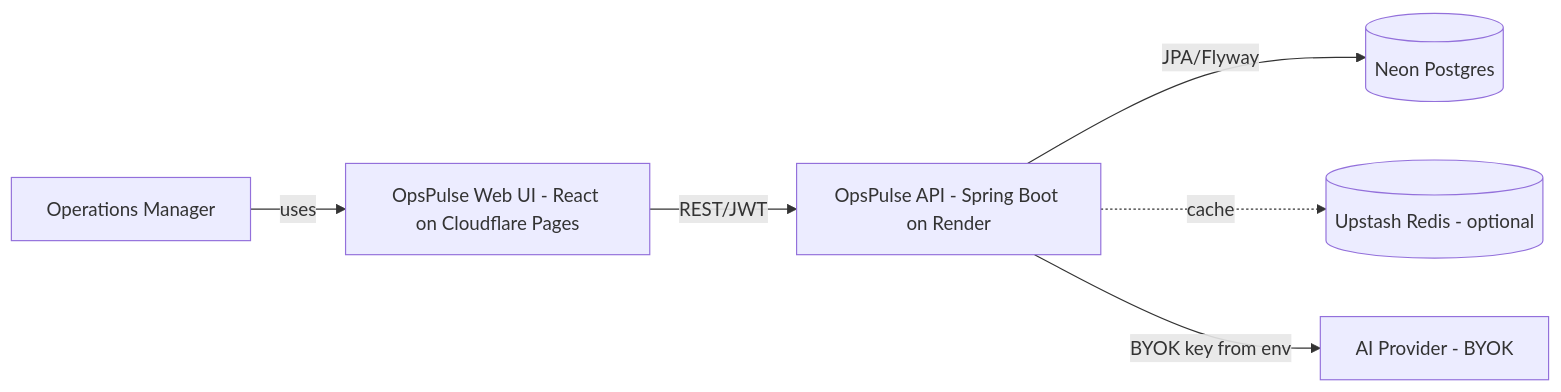
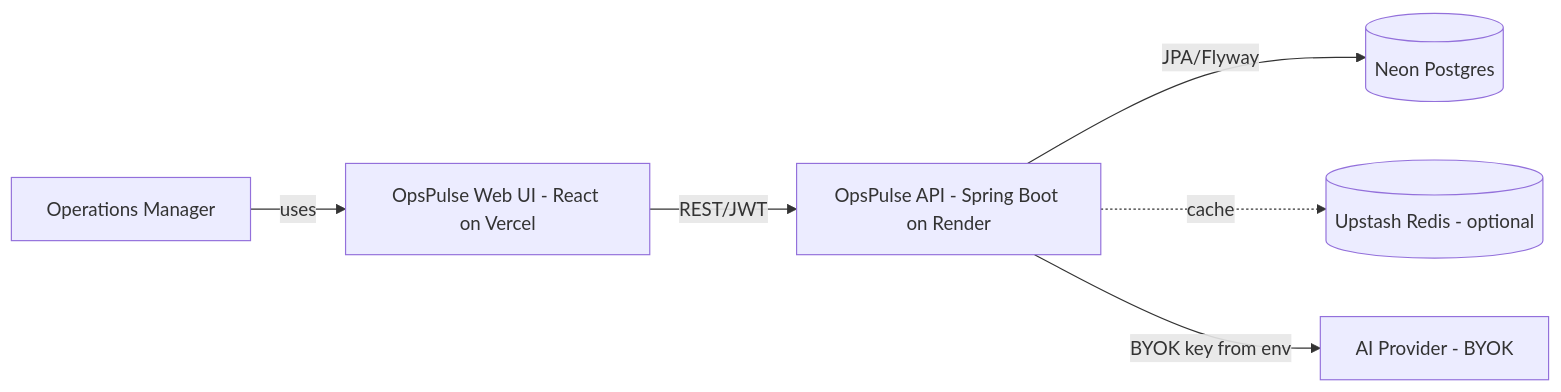
One commit to Praciller/opspulse-ai changed the second of 3 diagrams in README.md. Above: the diagram before and after it, drawn with Mermaid. The commit also changed other lines of this file, not shown here.

Commit message:
docs: align active OpsPulse hosting with verified Vercel release

````diff
--- a/README.md
+++ b/README.md
@@ -117,14 +119,14 @@
 ```mermaid
 flowchart LR
     User[Operations Manager]
-    Web[OpsPulse Web UI - React on Cloudflare Pages]
+    Web[OpsPulse Web UI - React on Vercel]
     API[OpsPulse API - Spring Boot on Render]
     DB[(Neon Postgres)]
     Cache[(Upstash Redis - optional)]
     AI[AI Provider - BYOK]
     User -->|uses| Web
     Web -->|REST/JWT| API
     API -->|JPA/Flyway| DB
     API -.cache.-> Cache
     API -->|BYOK key from env| AI
 ```
````
